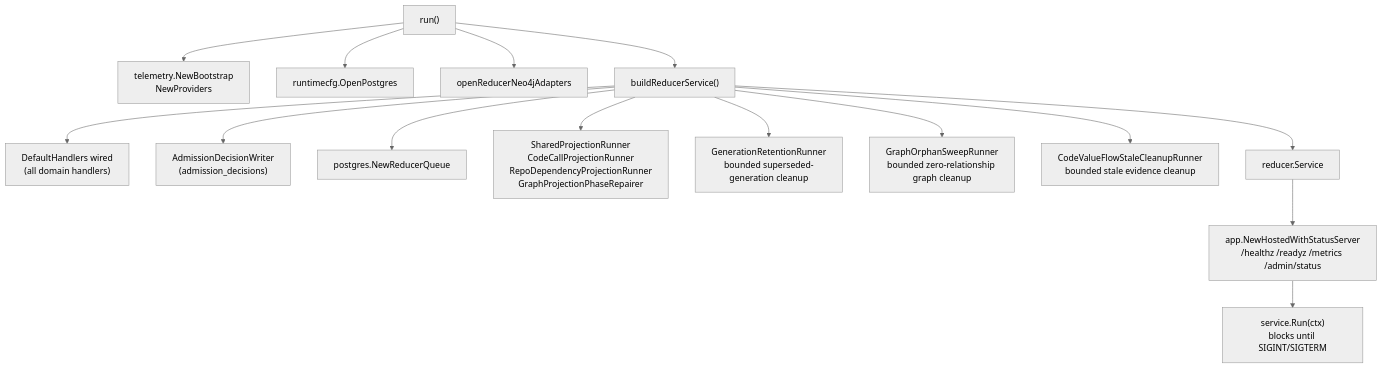
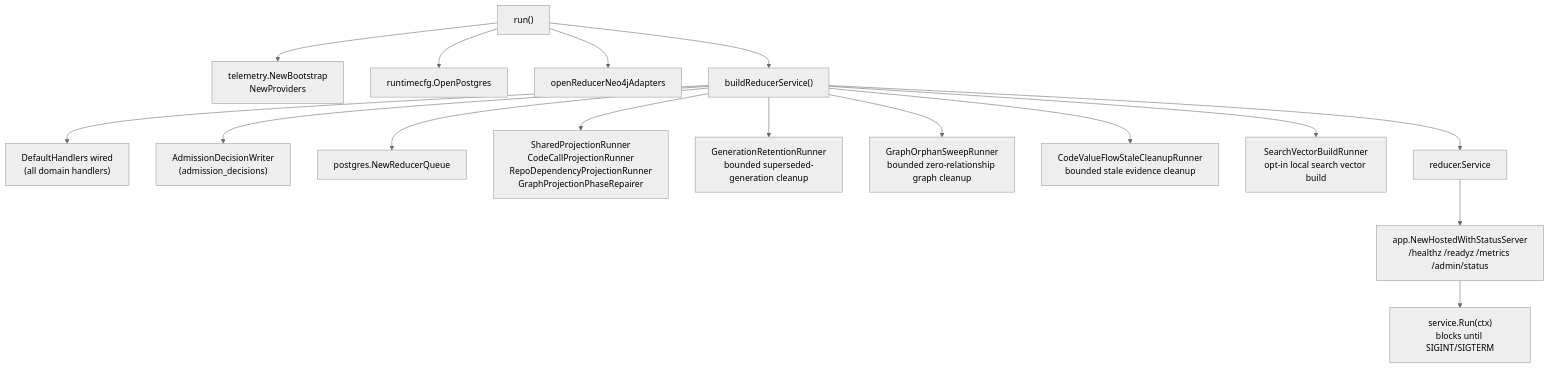
The second of 2 diagrams in go/cmd/reducer/README.md (eshu-hq/eshu), drawn with Mermaid (neutral theme) before and after one commit. The commit also changed other lines of this file and 18 other files, not shown here.

Commit message:
Add reducer local vector build runner

````diff
--- a/go/cmd/reducer/README.md
+++ b/go/cmd/reducer/README.md
@@ -25,17 +25,18 @@
 ```mermaid
 flowchart TB
   run["run()"] --> Telemetry["telemetry.NewBootstrap\nNewProviders"]
   run --> DB["runtimecfg.OpenPostgres"]
   run --> Graph["openReducerNeo4jAdapters"]
   run --> Build["buildReducerService()"]
   Build --> Handlers["DefaultHandlers wired\n(all domain handlers)"]
   Build --> AdmissionDecisions["AdmissionDecisionWriter\n(admission_decisions)"]
   Build --> Queue["postgres.NewReducerQueue"]
   Build --> Runners["SharedProjectionRunner\nCodeCallProjectionRunner\nRepoDependencyProjectionRunner\nGraphProjectionPhaseRepairer"]
   Build --> Retention["GenerationRetentionRunner\nbounded superseded-generation cleanup"]
   Build --> OrphanSweep["GraphOrphanSweepRunner\nbounded zero-relationship graph cleanup"]
   Build --> ValueFlowCleanup["CodeValueFlowStaleCleanupRunner\nbounded stale evidence cleanup"]
+  Build --> SearchVectorBuild["SearchVectorBuildRunner\nopt-in local search vector build"]
   Build --> SvcObj["reducer.Service"]
   SvcObj --> AdminSurface["app.NewHostedWithStatusServer\n/healthz /readyz /metrics /admin/status"]
   AdminSurface --> RunLoop["service.Run(ctx)\nblocks until SIGINT/SIGTERM"]
 ```
````
